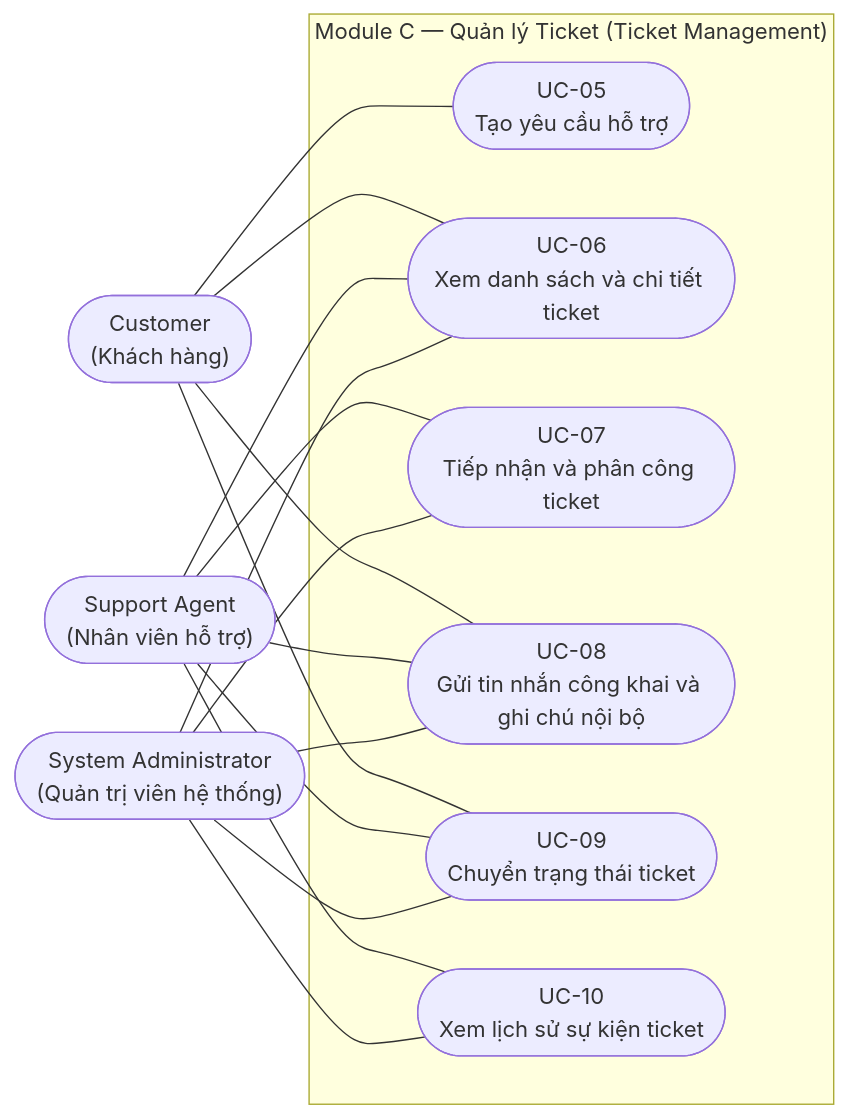
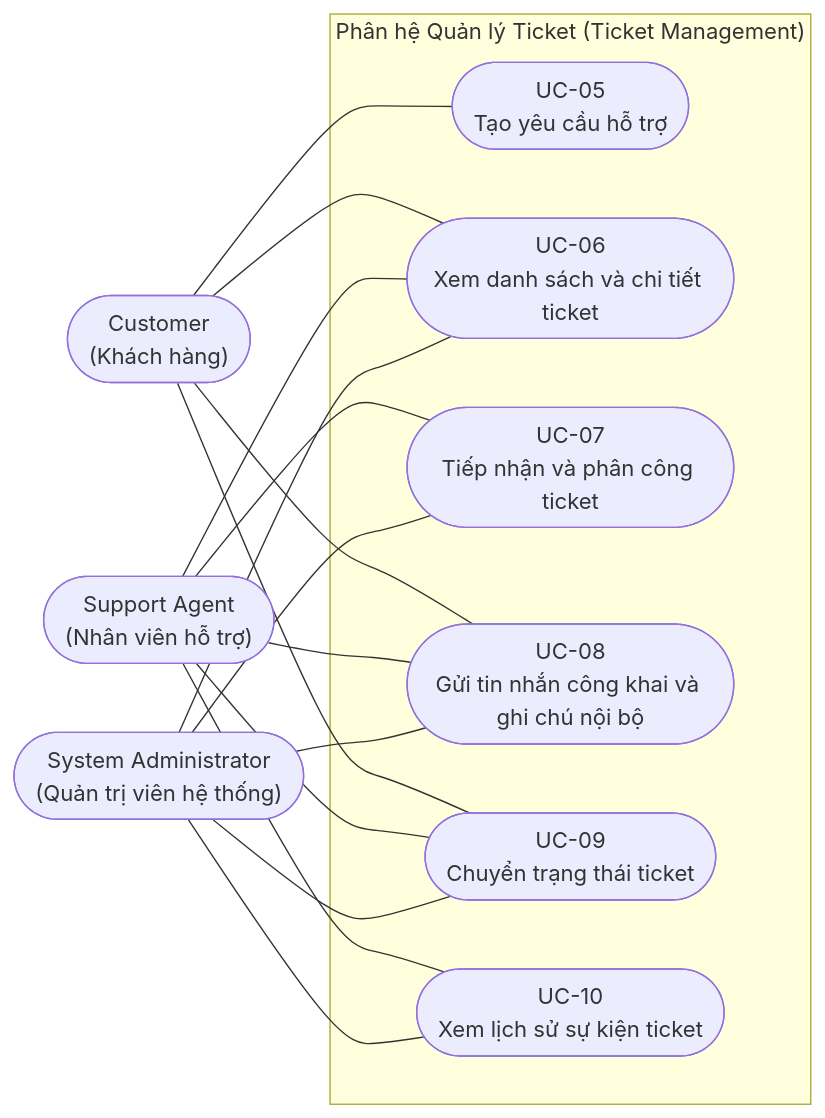
One commit to thanhbinh55/AI-Powered-Helpdesk-Knowledge-Base changed the sixth of 9 diagrams in PLAN_TEMPLATE1_AND_DEVELOPMENT.md. Above: the diagram before and after it, drawn with Mermaid. The commit also changed other lines of this file and 30 other files, not shown here.

````diff
--- a/PLAN_TEMPLATE1_AND_DEVELOPMENT.md
+++ b/PLAN_TEMPLATE1_AND_DEVELOPMENT.md
@@ -1451,32 +1453,32 @@
 ```mermaid
 flowchart LR
     Customer(["Customer\n(Khách hàng)"])
     Agent(["Support Agent\n(Nhân viên hỗ trợ)"])
     Admin(["System Administrator\n(Quản trị viên hệ thống)"])
 
-    subgraph Mod_Ticket["Module C — Quản lý Ticket (Ticket Management)"]
+    subgraph Mod_Ticket["Phân hệ Quản lý Ticket (Ticket Management)"]
         UC05(["UC-05\nTạo yêu cầu hỗ trợ"])
         UC06(["UC-06\nXem danh sách và chi tiết ticket"])
         UC07(["UC-07\nTiếp nhận và phân công ticket"])
         UC08(["UC-08\nGửi tin nhắn công khai và ghi chú nội bộ"])
         UC09(["UC-09\nChuyển trạng thái ticket"])
         UC10(["UC-10\nXem lịch sử sự kiện ticket"])
     end
 
     Customer --- UC05
     Customer --- UC06
     Customer --- UC08
     Customer --- UC09
 
     Agent --- UC06
     Agent --- UC07
     Agent --- UC08
     Agent --- UC09
     Agent --- UC10
 
     Admin --- UC06
     Admin --- UC07
     Admin --- UC08
     Admin --- UC09
     Admin --- UC10
 ```
````
